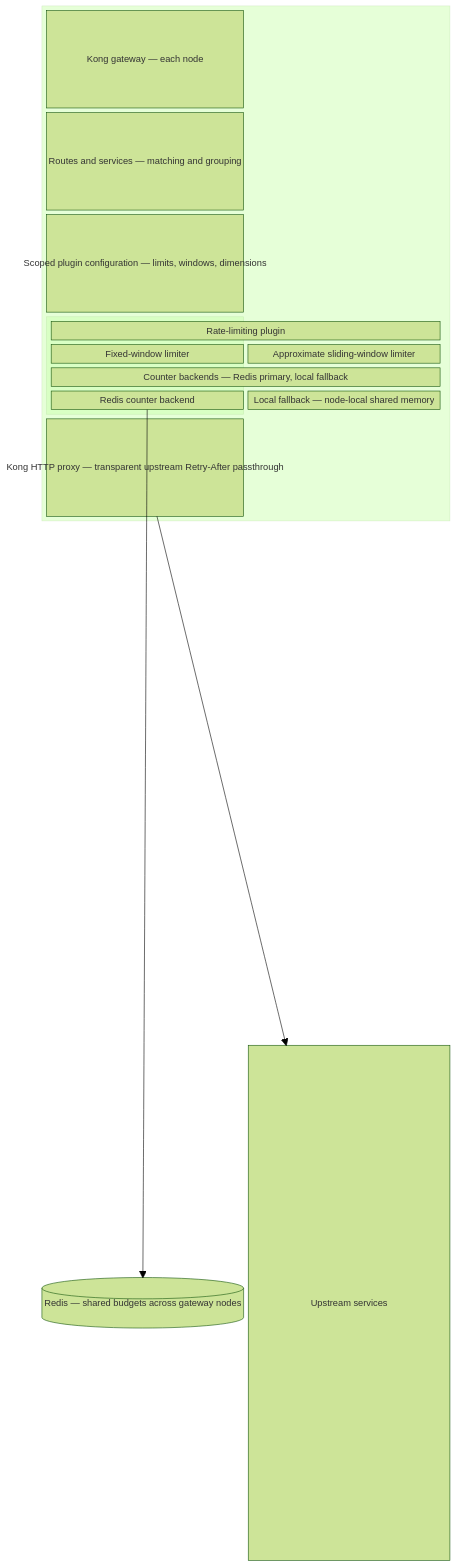
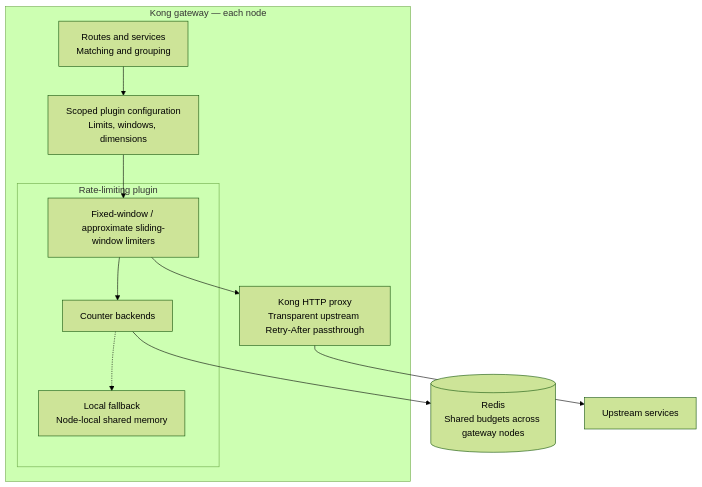
Before and after one commit to LindaSummer/kong-rate-limit-plugin: the diagram in design.md, drawn with Mermaid (forest theme).

Commit message:
Simplify the architecture diagram with standard flowchart syntax

````diff
--- a/design.md
+++ b/design.md
@@ -32,28 +32,24 @@
 ```mermaid
-block-beta
-    columns 2
+flowchart TB
+    subgraph Gateway["Kong gateway — each node"]
+        Routing["Routes and services<br/>Matching and grouping"]
+        Config["Scoped plugin configuration<br/>Limits, windows, dimensions"]
 
-    block:Gateway:2
-        columns 2
-        Kong["Kong gateway — each node"]:2
-        Routing["Routes and services — matching and grouping"]:2
-        Config["Scoped plugin configuration — limits, windows, dimensions"]:2
-
-        block:Plugin:2
-            columns 2
-            PluginTitle["Rate-limiting plugin"]:2
-            Fixed["Fixed-window limiter"] Sliding["Approximate sliding-window limiter"]
-            Backends["Counter backends — Redis primary, local fallback"]:2
-            RedisAdapter["Redis counter backend"] Local["Local fallback — node-local shared memory"]
+        subgraph Plugin["Rate-limiting plugin"]
+            Windows["Fixed-window / approximate sliding-window limiters"]
+            Counters["Counter backends"]
+            Local["Local fallback<br/>Node-local shared memory"]
+            Windows --> Counters
+            Counters -.-> Local
         end
 
-        Proxy["Kong HTTP proxy — transparent upstream Retry-After passthrough"]:2
+        Proxy["Kong HTTP proxy<br/>Transparent upstream Retry-After passthrough"]
+        Routing --> Config --> Windows
+        Windows --> Proxy
     end
 
-    space:2
-    Redis[("Redis — shared budgets across gateway nodes")]
+    Redis[("Redis<br/>Shared budgets across gateway nodes")]
     Upstream["Upstream services"]
-
-    RedisAdapter --> Redis
+    Counters --> Redis
     Proxy --> Upstream
 ```
````
